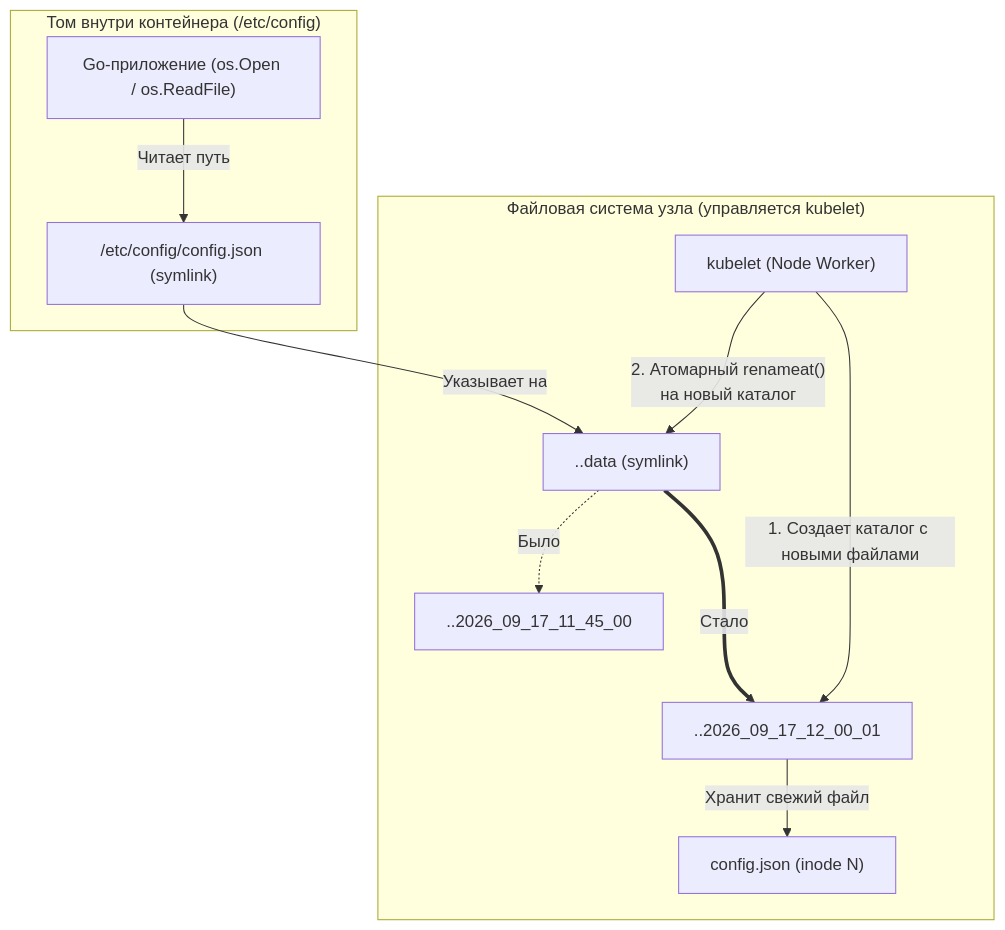
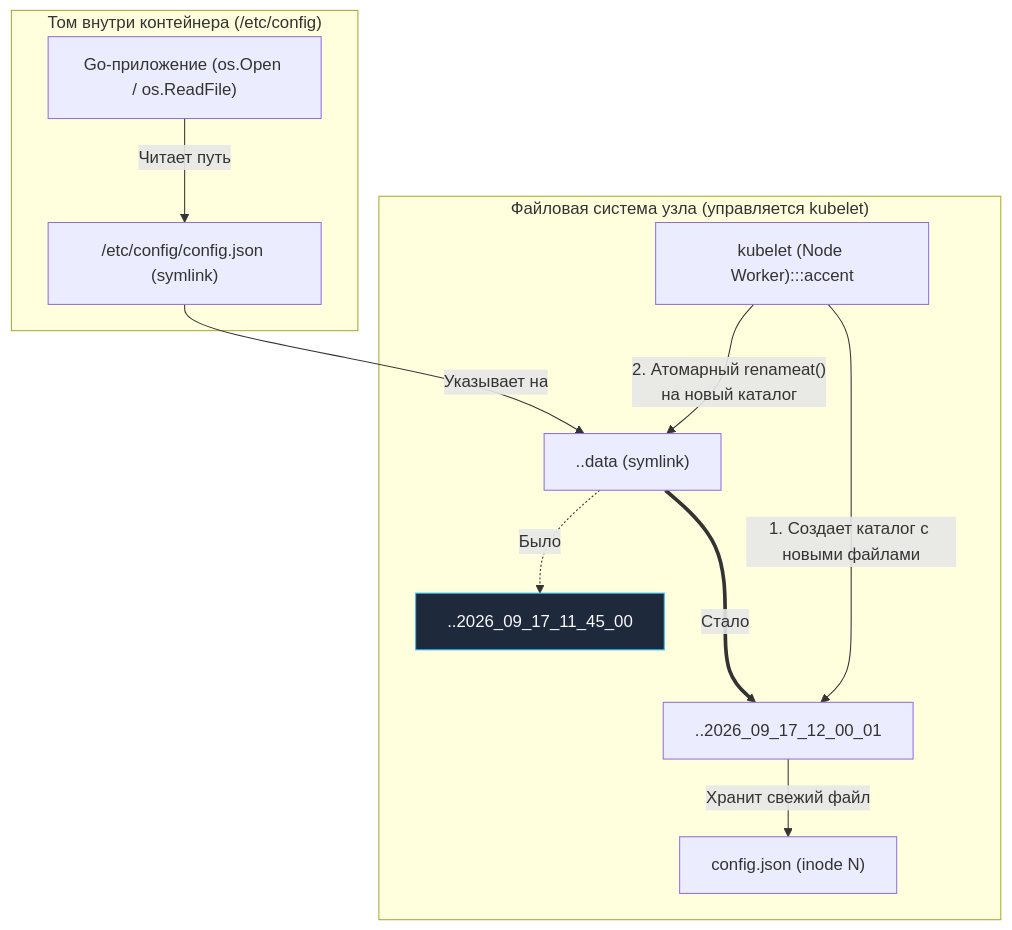
One commit to UnrealTemplier/go-textbook changed the second of 3 diagrams in sources/14. Распределенные системы на Go/07. Kubernetes и деплой/4. ConfigMap и Secret.md. Above: the diagram before and after it, drawn with Mermaid. The commit also changed other lines of this file and 1666 other files, not shown here.

First line of the commit message:
feat(mermaid): add semantic color classDef to 1369 colorless flowchart/graph diagrams

````diff
--- a/sources/14. Распределенные системы на Go/07. Kubernetes и деплой/4. ConfigMap и Secret.md
+++ b/sources/14. Распределенные системы на Go/07. Kubernetes и деплой/4. ConfigMap и Secret.md
@@ -161,18 +171,28 @@
 ```mermaid
 flowchart TD
+    classDef process  fill:#1e293b,stroke:#38bdf8,stroke-width:1px,color:#f8fafc
+    classDef success  fill:#064e3b,stroke:#34d399,stroke-width:1px,color:#f8fafc
+    classDef error    fill:#7f1d1d,stroke:#f87171,stroke-width:1px,color:#f8fafc
+    classDef warning  fill:#78350f,stroke:#fbbf24,stroke-width:1px,color:#f8fafc
+    classDef entry    fill:#1e3a5f,stroke:#38bdf8,stroke-width:2px,color:#f8fafc
+    classDef aux      fill:#334155,stroke:#64748b,stroke-width:1px,color:#f8fafc
+    classDef system   fill:#312e81,stroke:#a78bfa,stroke-width:1px,color:#f8fafc
+    classDef data     fill:#132d29,stroke:#2dd4bf,stroke-width:1px,color:#f8fafc
+    classDef network  fill:#881337,stroke:#fb7185,stroke-width:1px,color:#f8fafc
+    classDef accent   fill:#1e1b4b,stroke:#818cf8,stroke-width:1px,color:#f8fafc
     subgraph HostNode["Файловая система узла (управляется kubelet)"]
-        Kubelet["kubelet (Node Worker)"] -->|"1. Создает каталог с новыми файлами"| DirNew["..2026_09_17_12_00_01"]
-        DirOld["..2026_09_17_11_45_00"]
+        Kubelet["kubelet (Node Worker):::accent"] -->|"1. Создает каталог с новыми файлами"| DirNew["..2026_09_17_12_00_01"]
+        DirOld["..2026_09_17_11_45_00"]:::process
         
         Kubelet -->|"2. Атомарный renameat()\nна новый каталог"| DataSymlink["..data (symlink)"]
         DataSymlink -.->|"Было"| DirOld
         DataSymlink ===>|"Стало"| DirNew
         
         DirNew -->|"Хранит свежий файл"| RealFile["config.json (inode N)"]
     end
 
     subgraph ContainerMount["Том внутри контейнера (/etc/config)"]
         SymlinkFile["/etc/config/config.json (symlink)"] -->|"Указывает на"| DataSymlink
         GoApp["Go-приложение (os.Open / os.ReadFile)"] -->|"Читает путь"| SymlinkFile
     end
 ```
````
